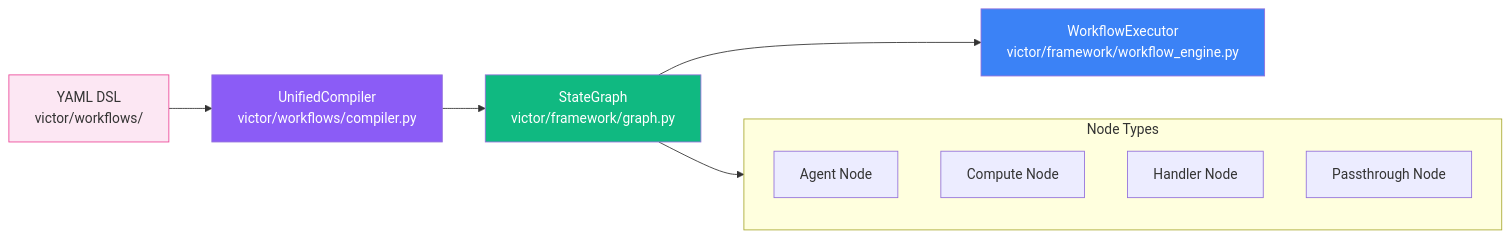
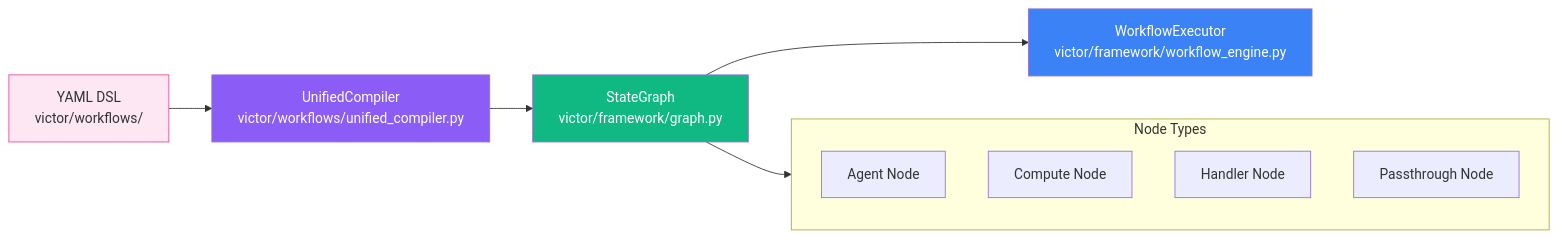
Before and after one commit to vjsingh1984/victor: the eighth of 15 diagrams in docs/architecture.md, drawn with Mermaid. The commit also changed other lines of this file and 7 other files, not shown here.

First line of the commit message:
docs: update architecture/blueprint + workflow guides; add mermaid init

````diff
--- a/docs/architecture.md
+++ b/docs/architecture.md
@@ -418,20 +418,20 @@
 ```mermaid
 flowchart LR
-    YAML["YAML DSL\nvictor/workflows/"] --> COMP["UnifiedCompiler\nvictor/workflows/compiler.py"]
+    YAML["YAML DSL\nvictor/workflows/"] --> COMP["UnifiedCompiler\nvictor/workflows/unified_compiler.py"]
     COMP --> SG["StateGraph\nvictor/framework/graph.py"]
     SG --> EXEC["WorkflowExecutor\nvictor/framework/workflow_engine.py"]
 
     subgraph NodeTypes["Node Types"]
         AGENT["Agent Node"]
         COMPUTE["Compute Node"]
         HANDLER["Handler Node"]
         PASSTHROUGH["Passthrough Node"]
     end
 
     SG --> NodeTypes
 
     style YAML fill:#fce7f3,stroke:#ec4899
     style COMP fill:#8b5cf6,color:#fff
     style SG fill:#10b981,color:#fff
     style EXEC fill:#3b82f6,color:#fff
 ```
````
